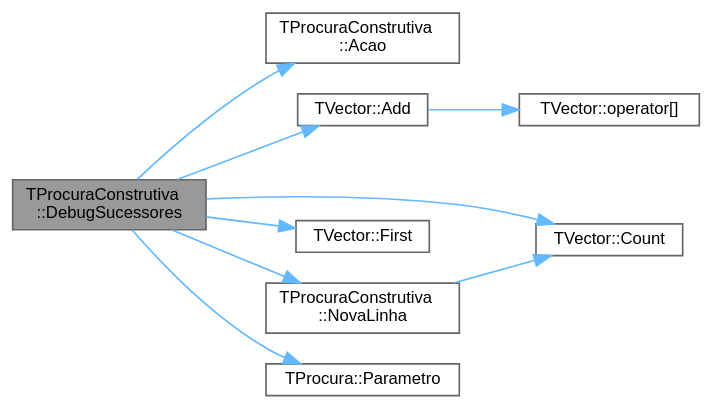
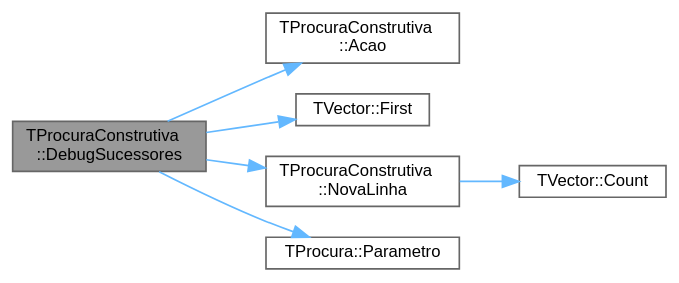
The diagram in classTProcuraConstrutiva_a08aa14ddc895426b2ce3df4d763cbbd7_cgraph.dot (jcoelho72/TProcura), drawn with Graphviz before and after one commit. The commit also changed 169 other files, not shown here.

```diff
--- a/classTProcuraConstrutiva_a08aa14ddc895426b2ce3df4d763cbbd7_cgraph.dot
+++ b/classTProcuraConstrutiva_a08aa14ddc895426b2ce3df4d763cbbd7_cgraph.dot
@@ -1,24 +1,19 @@
 digraph "TProcuraConstrutiva::DebugSucessores"
 {
  // LATEX_PDF_SIZE
   bgcolor="transparent";
   edge [fontname=Helvetica,fontsize=10,labelfontname=Helvetica,labelfontsize=10];
   node [fontname=Helvetica,fontsize=10,shape=box,height=0.2,width=0.4];
   rankdir="LR";
   Node1 [id="Node000001",label="TProcuraConstrutiva\l::DebugSucessores",height=0.2,width=0.4,color="gray40", fillcolor="grey60", style="filled", fontcolor="black",tooltip=" "];
-  Node1 -> Node2 [id="edge9_Node000001_Node000002",color="steelblue1",style="solid",tooltip=" "];
+  Node1 -> Node2 [id="edge6_Node000001_Node000002",color="steelblue1",style="solid",tooltip=" "];
   Node2 [id="Node000002",label="TProcuraConstrutiva\l::Acao",height=0.2,width=0.4,color="grey40", fillcolor="white", style="filled",URL="$group__RedefinicaoSugerida.html#gacbc6e34f3a403d26d806f37b5cd739f6",tooltip="Retorna a ação (movimento, passo, jogada, lance, etc.) que gerou o sucessor."];
-  Node1 -> Node3 [id="edge10_Node000001_Node000003",color="steelblue1",style="solid",tooltip=" "];
-  Node3 [id="Node000003",label="TVector::Add",height=0.2,width=0.4,color="grey40", fillcolor="white", style="filled",URL="$classTVector.html#aa28afdd47b27c5e004fc75b86d6f66a6",tooltip=" "];
-  Node3 -> Node4 [id="edge11_Node000003_Node000004",color="steelblue1",style="solid",tooltip=" "];
-  Node4 [id="Node000004",label="TVector::operator[]",height=0.2,width=0.4,color="grey40", fillcolor="white", style="filled",URL="$classTVector.html#a372a42fd7c4a94fee43db36d6a339b33",tooltip="Acesso por índice com auto-expansão."];
-  Node1 -> Node5 [id="edge12_Node000001_Node000005",color="steelblue1",style="solid",tooltip=" "];
+  Node1 -> Node3 [id="edge7_Node000001_Node000003",color="steelblue1",style="solid",tooltip=" "];
+  Node3 [id="Node000003",label="TVector::First",height=0.2,width=0.4,color="grey40", fillcolor="white", style="filled",URL="$classTVector.html#a05f29646493d42f3c77081b6031d70e5",tooltip=" "];
+  Node1 -> Node4 [id="edge8_Node000001_Node000004",color="steelblue1",style="solid",tooltip=" "];
+  Node4 [id="Node000004",label="TProcuraConstrutiva\l::NovaLinha",height=0.2,width=0.4,color="grey40", fillcolor="white", style="filled",URL="$classTProcuraConstrutiva.html#a7426b2abb333f77ef5d00ae46d5f2d32",tooltip=" "];
+  Node4 -> Node5 [id="edge9_Node000004_Node000005",color="steelblue1",style="solid",tooltip=" "];
   Node5 [id="Node000005",label="TVector::Count",height=0.2,width=0.4,color="grey40", fillcolor="white", style="filled",URL="$classTVector.html#ac3c744d84543ca6e32859eb7dfccfeef",tooltip=" "];
-  Node1 -> Node6 [id="edge13_Node000001_Node000006",color="steelblue1",style="solid",tooltip=" "];
-  Node6 [id="Node000006",label="TVector::First",height=0.2,width=0.4,color="grey40", fillcolor="white", style="filled",URL="$classTVector.html#a05f29646493d42f3c77081b6031d70e5",tooltip=" "];
-  Node1 -> Node7 [id="edge14_Node000001_Node000007",color="steelblue1",style="solid",tooltip=" "];
-  Node7 [id="Node000007",label="TProcuraConstrutiva\l::NovaLinha",height=0.2,width=0.4,color="grey40", fillcolor="white", style="filled",URL="$classTProcuraConstrutiva.html#a7426b2abb333f77ef5d00ae46d5f2d32",tooltip=" "];
-  Node7 -> Node5 [id="edge15_Node000007_Node000005",color="steelblue1",style="solid",tooltip=" "];
-  Node1 -> Node8 [id="edge16_Node000001_Node000008",color="steelblue1",style="solid",tooltip=" "];
-  Node8 [id="Node000008",label="TProcura::Parametro",height=0.2,width=0.4,color="grey40", fillcolor="white", style="filled",URL="$classTProcura.html#a0e9e692f29af8a5d5279a8647c800437",tooltip=" "];
+  Node1 -> Node6 [id="edge10_Node000001_Node000006",color="steelblue1",style="solid",tooltip=" "];
+  Node6 [id="Node000006",label="TProcura::Parametro",height=0.2,width=0.4,color="grey40", fillcolor="white", style="filled",URL="$classTProcura.html#a0e9e692f29af8a5d5279a8647c800437",tooltip=" "];
 }
```
